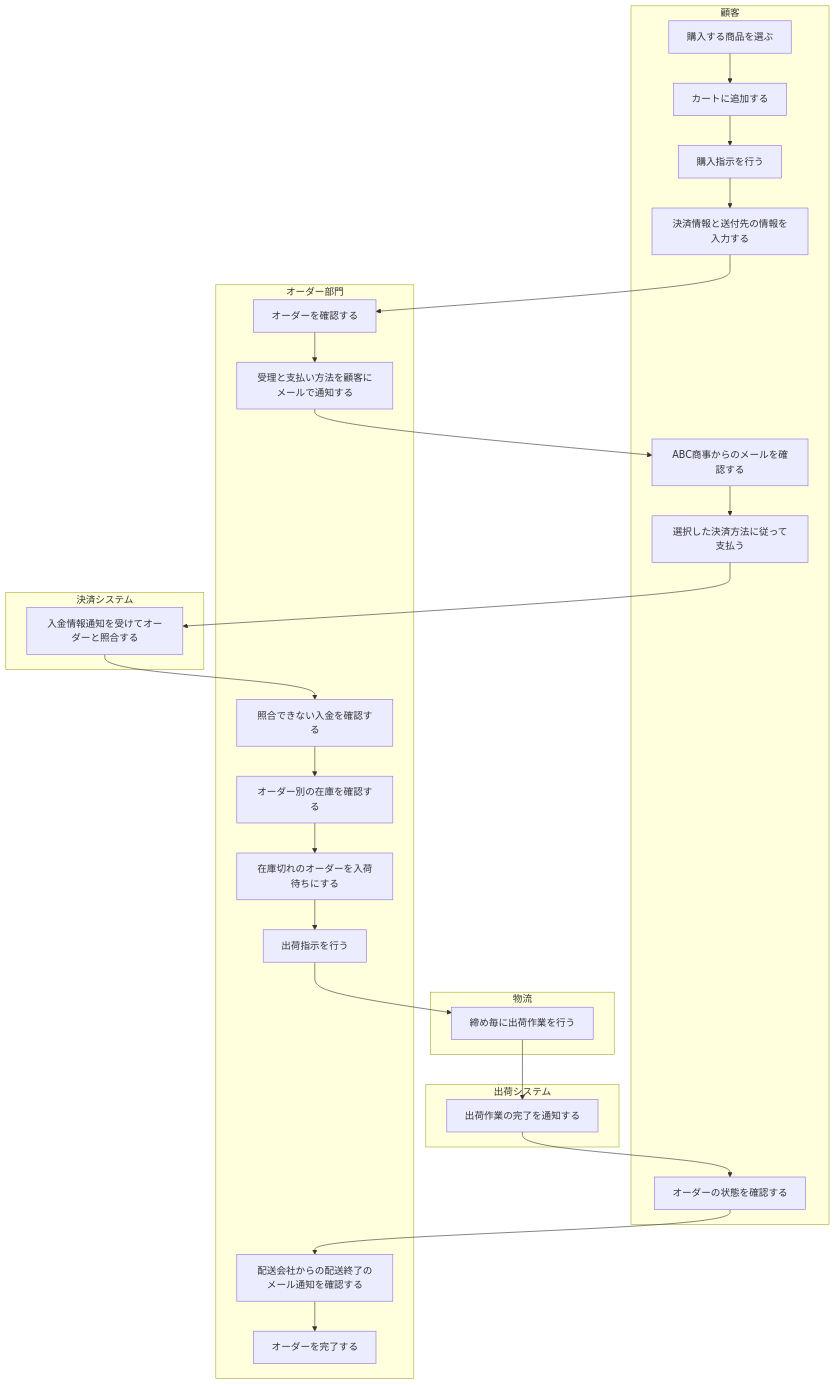
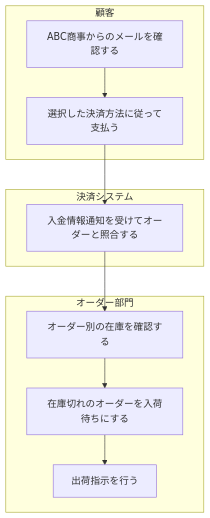
Before and after one commit to Nke0628/rdra-webapp: the seventh of 29 diagrams in docs/rdra/diagrams.md, drawn with Mermaid. The commit also changed other lines of this file and 8 other files, not shown here.

````diff
--- a/docs/rdra/diagrams.md
+++ b/docs/rdra/diagrams.md
@@ -196,49 +252,21 @@
 ```mermaid
 flowchart TB
   subgraph l1["顧客"]
-    act2["購入する商品を選ぶ"]
-    act3["カートに追加する"]
-    act4["購入指示を行う"]
-    act5["決済情報と送付先の情報を入力する"]
-    act6["ABC商事からのメールを確認する"]
-    act7["選択した決済方法に従って支払う"]
-    act8["オーダーの状態を確認する"]
+    act2["ABC商事からのメールを確認する"]
+    act3["選択した決済方法に従って支払う"]
   end
-  subgraph l9["オーダー部門"]
-    act10["オーダーを確認する"]
-    act11["受理と支払い方法を顧客にメールで通知する"]
-    act12["照合できない入金を確認する"]
-    act13["オーダー別の在庫を確認する"]
-    act14["在庫切れのオーダーを入荷待ちにする"]
-    act15["出荷指示を行う"]
-    act16["配送会社からの配送終了のメール通知を確認する"]
-    act17["オーダーを完了する"]
+  subgraph l4["決済システム"]
+    act5["入金情報通知を受けてオーダーと照合する"]
   end
-  subgraph l18["決済システム"]
-    act19["入金情報通知を受けてオーダーと照合する"]
-  end
-  subgraph l20["物流"]
-    act21["締め毎に出荷作業を行う"]
-  end
-  subgraph l22["出荷システム"]
-    act23["出荷作業の完了を通知する"]
+  subgraph l6["オーダー部門"]
+    act7["オーダー別の在庫を確認する"]
+    act8["在庫切れのオーダーを入荷待ちにする"]
+    act9["出荷指示を行う"]
   end
   act2 --> act3
-  act3 --> act4
-  act4 --> act5
-  act5 --> act10
-  act10 --> act11
-  act11 --> act6
-  act6 --> act7
-  act7 --> act19
-  act19 --> act12
-  act12 --> act13
-  act13 --> act14
-  act14 --> act15
-  act15 --> act21
-  act21 --> act23
-  act23 --> act8
-  act8 --> act16
-  act16 --> act17
+  act3 --> act5
+  act5 --> act7
+  act7 --> act8
+  act8 --> act9
   classDef hyp stroke-dasharray:5 5,stroke:#d97706,color:#92400e
 ```
````
